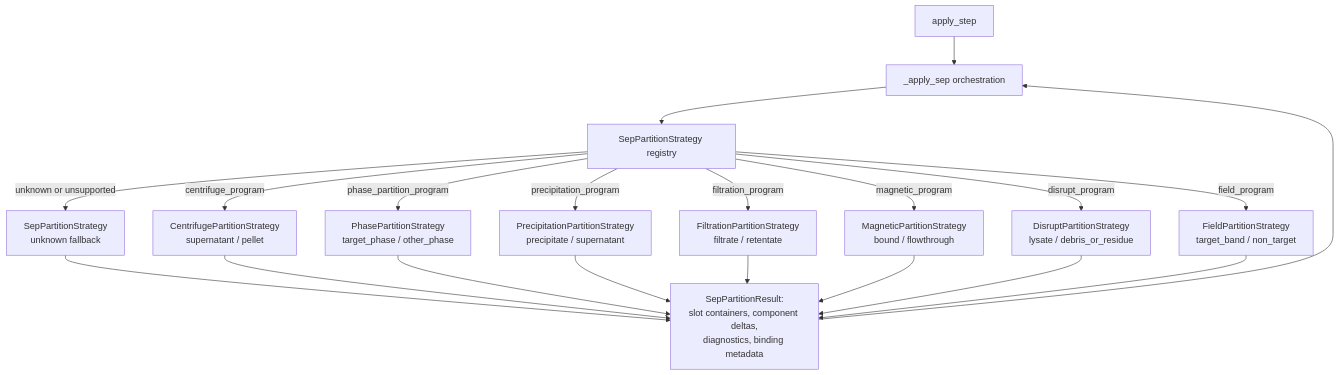
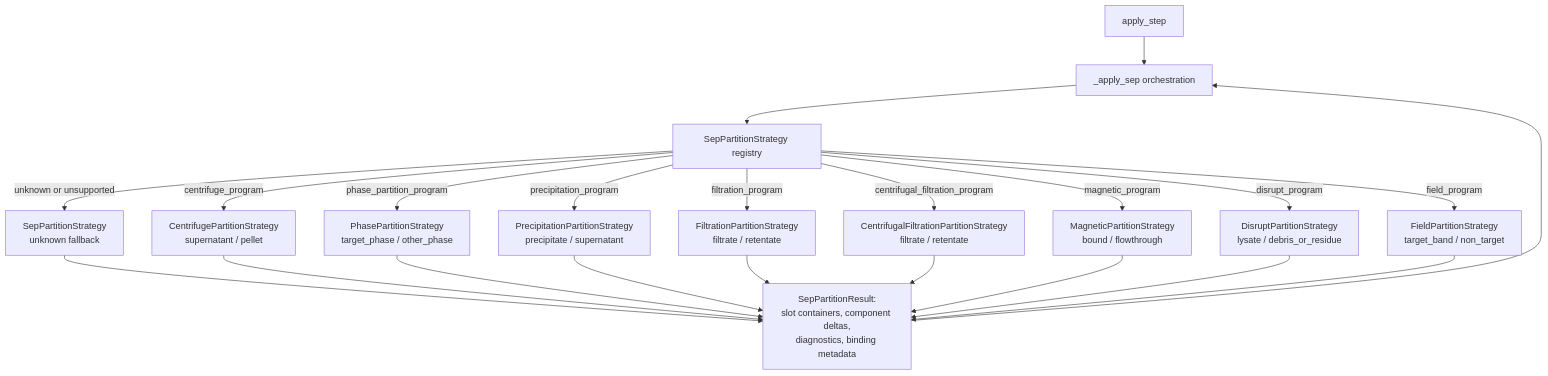
One commit to culsma/culsma changed the sixth of 11 diagrams in docs/architecture/runtime_module_diagrams.md. Above: the diagram before and after it, drawn with Mermaid. The commit also changed other lines of this file and 14 other files, not shown here.

Commit message:
feat: add centrifugal filtration program

````diff
--- a/docs/architecture/runtime_module_diagrams.md
+++ b/docs/architecture/runtime_module_diagrams.md
@@ -259,35 +261,38 @@
 ```mermaid
 flowchart TB
     Apply["apply_step"]
     Sep["_apply_sep orchestration"]
     Registry["SepPartitionStrategy registry"]
     Default["SepPartitionStrategy<br/>unknown fallback"]
     Centrifuge["CentrifugePartitionStrategy<br/>supernatant / pellet"]
     Phase["PhasePartitionStrategy<br/>target_phase / other_phase"]
     Precip["PrecipitationPartitionStrategy<br/>precipitate / supernatant"]
     Filter["FiltrationPartitionStrategy<br/>filtrate / retentate"]
+    CentrifugalFilter["CentrifugalFiltrationPartitionStrategy<br/>filtrate / retentate"]
     Magnetic["MagneticPartitionStrategy<br/>bound / flowthrough"]
     Disrupt["DisruptPartitionStrategy<br/>lysate / debris_or_residue"]
     Field["FieldPartitionStrategy<br/>target_band / non_target"]
     Result["SepPartitionResult:<br/>slot containers, component deltas,<br/>diagnostics, binding metadata"]
 
     Apply --> Sep
     Sep --> Registry
     Registry -->|unknown or unsupported| Default
     Registry -->|centrifuge_program| Centrifuge
     Registry -->|phase_partition_program| Phase
     Registry -->|precipitation_program| Precip
     Registry -->|filtration_program| Filter
+    Registry -->|centrifugal_filtration_program| CentrifugalFilter
     Registry -->|magnetic_program| Magnetic
     Registry -->|disrupt_program| Disrupt
     Registry -->|field_program| Field
     Default --> Result
     Centrifuge --> Result
     Phase --> Result
     Precip --> Result
     Filter --> Result
+    CentrifugalFilter --> Result
     Magnetic --> Result
     Disrupt --> Result
     Field --> Result
     Result --> Sep
 ```
````
